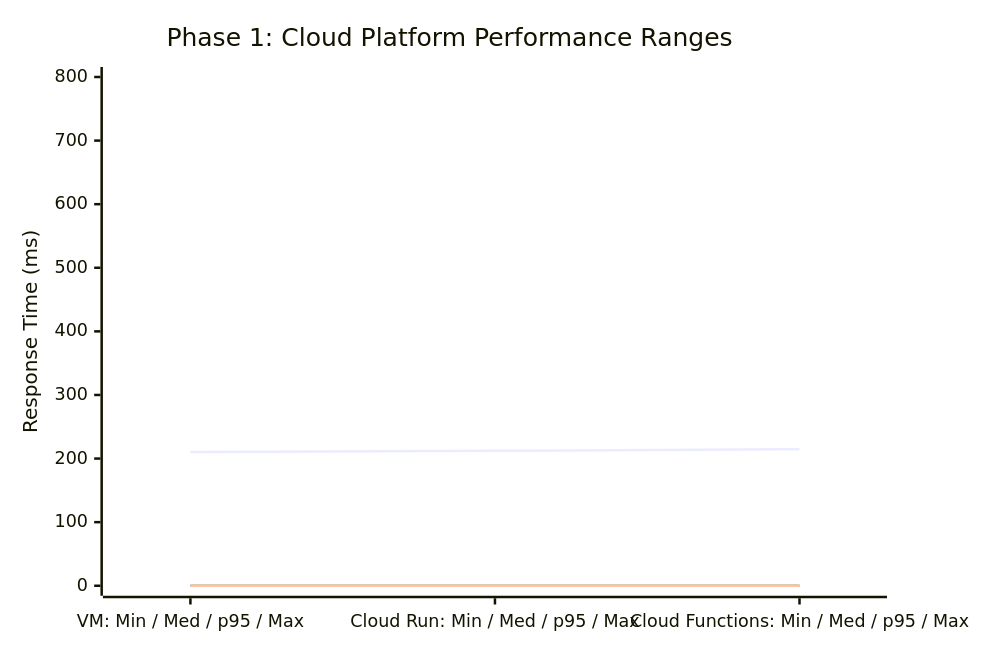
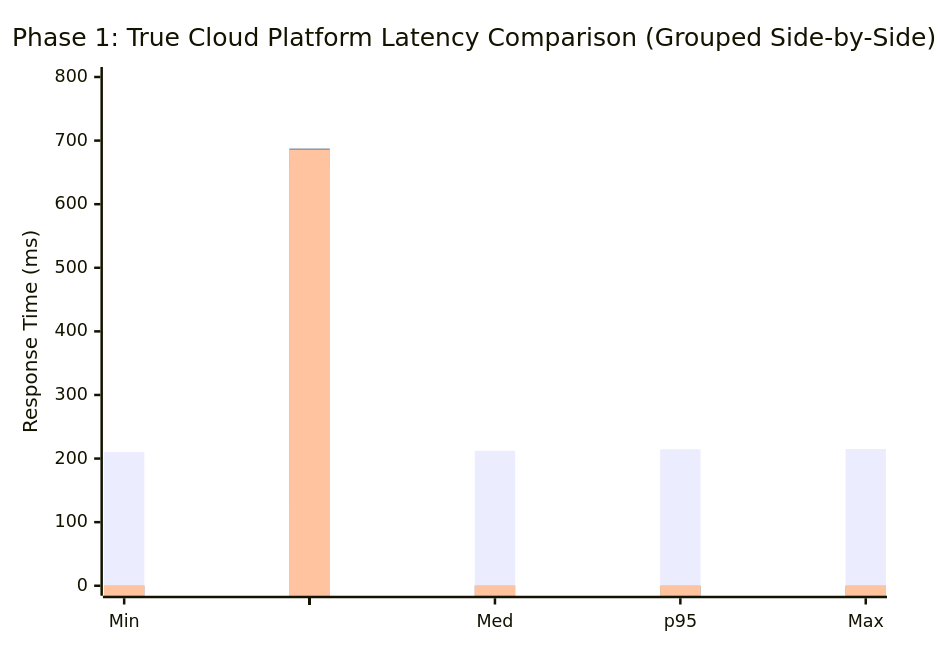
One commit to mshchukin/EURECOM-Clouds-Lab-2026 changed the first of 2 diagrams in submission/phase1_report.md. Above: the diagram before and after it, drawn with Mermaid.

Commit message:
Update cloud platform latency chart format

````diff
--- a/submission/phase1_report.md
+++ b/submission/phase1_report.md
@@ -30,9 +30,9 @@
 ```mermaid
 xychart-beta
-    title "Phase 1: Cloud Platform Performance Ranges"
-    x-axis ["VM: Min / Med / p95 / Max", "Cloud Run: Min / Med / p95 / Max", "Cloud Functions: Min / Med / p95 / Max"]
+    title "Phase 1: True Cloud Platform Latency Comparison (Grouped Side-by-Side)"
+    x-axis ["Min", " ", "  ", "Med", "   ", "    ", "p95", "     ", "      ", "Max", "       ", "        "]
     y-axis "Response Time (ms)" 0 --> 800
-    line "Compute Engine VM" [210.2, 212.2, 214.6, 215.0, 0, 0, 0, 0, 0, 0, 0, 0]
-    line "Cloud Run" [0, 0, 0, 0, 122.0, 671.2, 679.6, 687.6, 0, 0, 0, 0]
-    line "Cloud Functions" [0, 0, 0, 0, 0, 0, 0, 0, 128.9, 657.1, 682.8, 685.4]
+    bar "Compute Engine VM" [210.2, 0, 0, 212.2, 0, 0, 214.6, 0, 0, 215.0, 0, 0]
+    bar "Cloud Run" [0, 122.0, 0, 0, 671.2, 0, 0, 679.6, 0, 0, 687.6, 0]
+    bar "Cloud Functions" [0, 0, 128.9, 0, 0, 657.1, 0, 0, 682.8, 0, 0, 685.4]
 ```
````
